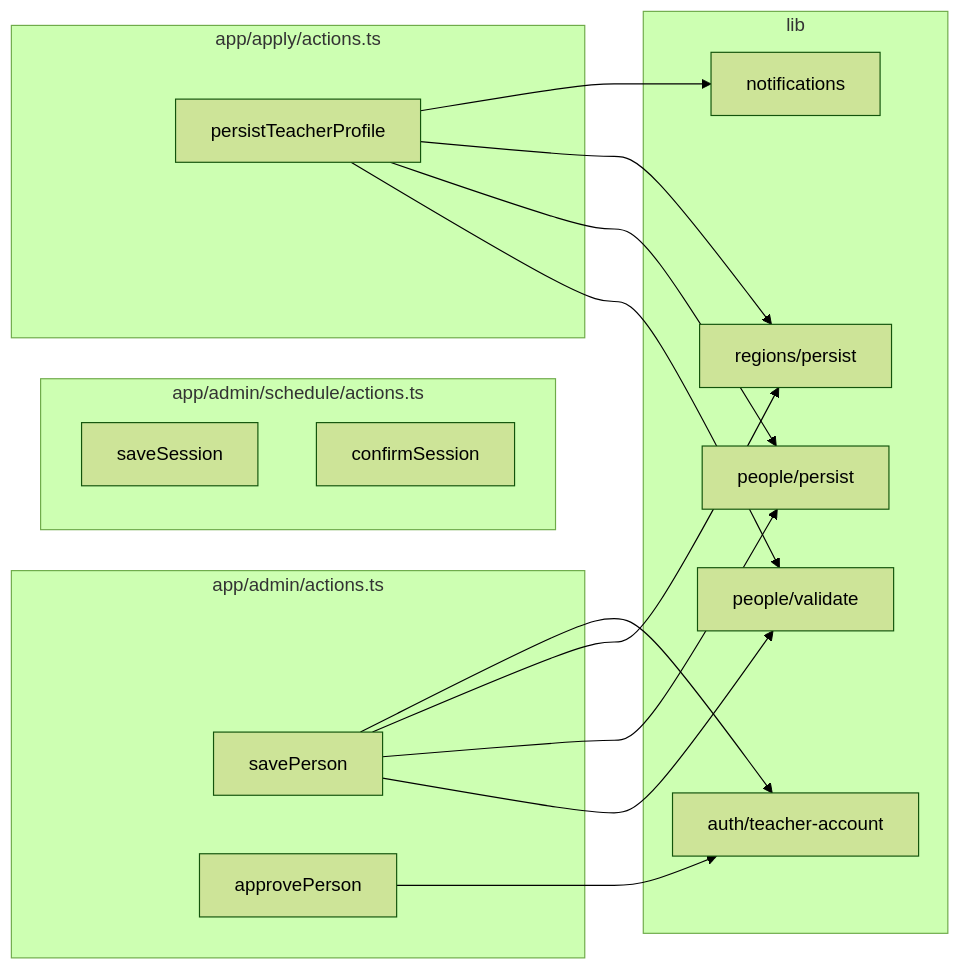
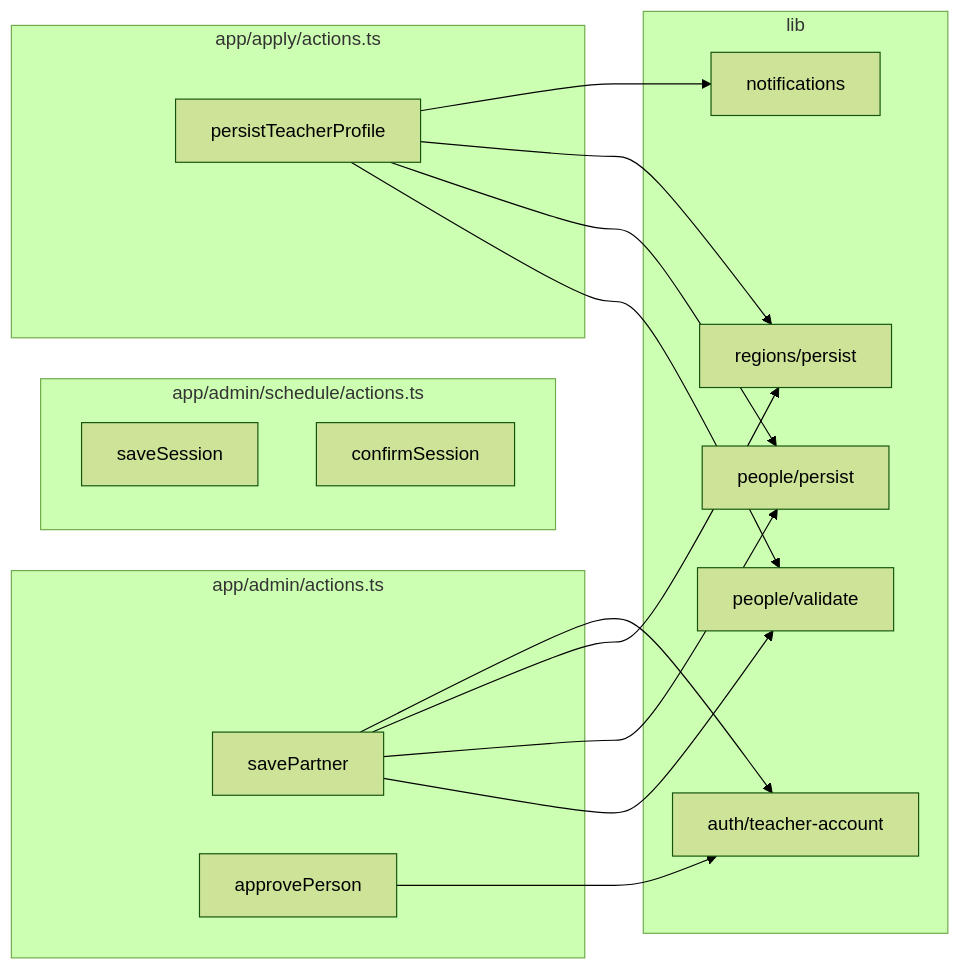
One commit to greatgiho/thewellnesskorea changed the fifth of 5 diagrams in docs/architecture-audit-log.md. Above: the diagram before and after it, drawn with Mermaid (forest theme). The commit also changed other lines of this file and 126 other files, not shown here.

````diff
--- a/docs/architecture-audit-log.md
+++ b/docs/architecture-audit-log.md
@@ -284,36 +284,36 @@
 ```mermaid
 flowchart LR
     subgraph admin [app/admin/actions.ts]
-        savePerson
+        savePartner
         approvePerson
     end
 
     subgraph schedule [app/admin/schedule/actions.ts]
         saveSession
         confirmSession
     end
 
     subgraph apply [app/apply/actions.ts]
         persistTeacherProfile
     end
 
     subgraph lib [lib]
         persist[people/persist]
         regions[regions/persist]
         teacher[auth/teacher-account]
         notify[notifications]
         validate[people/validate]
     end
 
-    savePerson --> validate
-    savePerson --> persist
-    savePerson --> regions
-    savePerson --> teacher
+    savePartner --> validate
+    savePartner --> persist
+    savePartner --> regions
+    savePartner --> teacher
 
     persistTeacherProfile --> validate
     persistTeacherProfile --> persist
     persistTeacherProfile --> regions
     persistTeacherProfile --> notify
 
     approvePerson --> teacher
 ```
````
